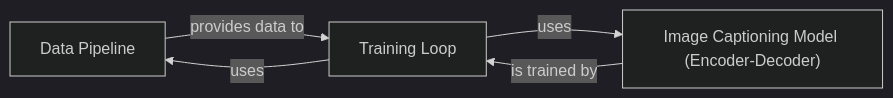
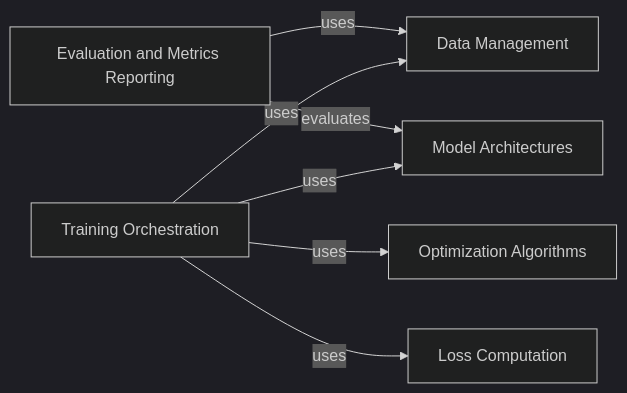
One commit to CodeBoarding/GeneratedOnBoardings changed the diagram in pytorch-tutorial/on_boarding.md. Above: the diagram before and after it, drawn with Mermaid (dark theme). The commit also changed other lines of this file and 9 other files, not shown here.

Commit message:
Uploading onboarding materials for pytorch-tutorial

````diff
--- a/pytorch-tutorial/on_boarding.md
+++ b/pytorch-tutorial/on_boarding.md
@@ -1,13 +1,21 @@
 ```mermaid
 graph LR
-    Data_Pipeline["Data Pipeline"]
-    Image_Captioning_Model_Encoder_Decoder_["Image Captioning Model (Encoder-Decoder)"]
-    Training_Loop["Training Loop"]
-    Data_Pipeline -- "provides data to" --> Training_Loop
-    Image_Captioning_Model_Encoder_Decoder_ -- "is trained by" --> Training_Loop
-    Training_Loop -- "uses" --> Image_Captioning_Model_Encoder_Decoder_
-    Training_Loop -- "uses" --> Data_Pipeline
-    click Data_Pipeline href "https://github.com/CodeBoarding/GeneratedOnBoardings/blob/main/pytorch-tutorial/Data Pipeline.md" "Details"
-    click Image_Captioning_Model_Encoder_Decoder_ href "https://github.com/CodeBoarding/GeneratedOnBoardings/blob/main/pytorch-tutorial/Image Captioning Model (Encoder-Decoder).md" "Details"
-    click Training_Loop href "https://github.com/CodeBoarding/GeneratedOnBoardings/blob/main/pytorch-tutorial/Training Loop.md" "Details"
+    Data_Management["Data Management"]
+    Model_Architectures["Model Architectures"]
+    Training_Orchestration["Training Orchestration"]
+    Optimization_Algorithms["Optimization Algorithms"]
+    Loss_Computation["Loss Computation"]
+    Evaluation_and_Metrics_Reporting["Evaluation and Metrics Reporting"]
+    Training_Orchestration -- "uses" --> Data_Management
+    Training_Orchestration -- "uses" --> Model_Architectures
+    Training_Orchestration -- "uses" --> Optimization_Algorithms
+    Training_Orchestration -- "uses" --> Loss_Computation
+    Evaluation_and_Metrics_Reporting -- "evaluates" --> Model_Architectures
+    Evaluation_and_Metrics_Reporting -- "uses" --> Data_Management
+    click Data_Management href "https://github.com/CodeBoarding/GeneratedOnBoardings/blob/main/pytorch-tutorial/Data Management.md" "Details"
+    click Model_Architectures href "https://github.com/CodeBoarding/GeneratedOnBoardings/blob/main/pytorch-tutorial/Model Architectures.md" "Details"
+    click Training_Orchestration href "https://github.com/CodeBoarding/GeneratedOnBoardings/blob/main/pytorch-tutorial/Training Orchestration.md" "Details"
+    click Optimization_Algorithms href "https://github.com/CodeBoarding/GeneratedOnBoardings/blob/main/pytorch-tutorial/Optimization Algorithms.md" "Details"
+    click Loss_Computation href "https://github.com/CodeBoarding/GeneratedOnBoardings/blob/main/pytorch-tutorial/Loss Computation.md" "Details"
+    click Evaluation_and_Metrics_Reporting href "https://github.com/CodeBoarding/GeneratedOnBoardings/blob/main/pytorch-tutorial/Evaluation and Metrics Reporting.md" "Details"
 ```
````
